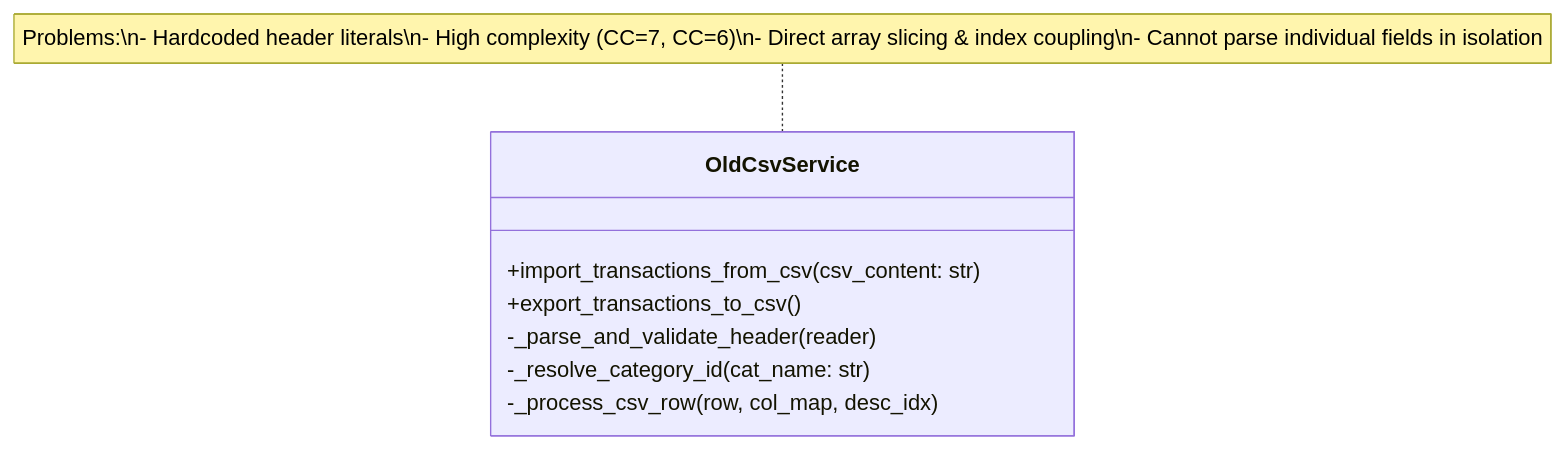
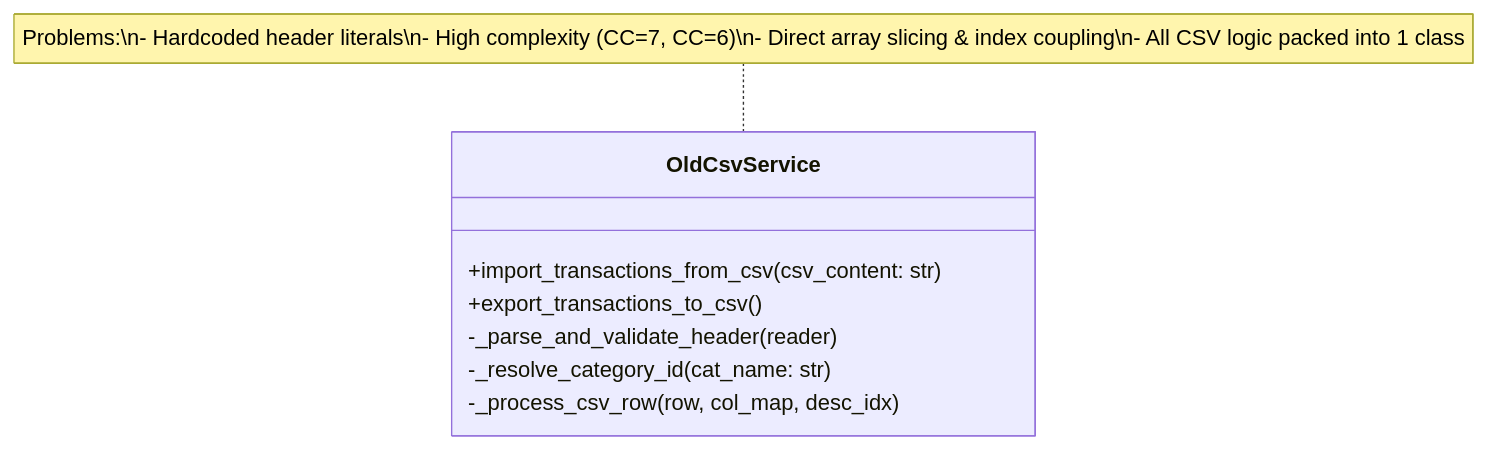
Before and after one commit to AuraHamza/ExpenseMate-Personal-Expense-Manager: the first of 4 diagrams in docs/class_rewrites.md, drawn with Mermaid. The commit also changed other lines of this file and 5 other files, not shown here.

Commit message:
Fix Part C documentation: correct CC claims, remove unsupported statements, update comparison table and Mermaid diagram

````diff
--- a/docs/class_rewrites.md
+++ b/docs/class_rewrites.md
@@ -8,11 +8,11 @@
 ```mermaid
 classDiagram
     class OldCsvService {
         +import_transactions_from_csv(csv_content: str)
         +export_transactions_to_csv()
         -_parse_and_validate_header(reader)
         -_resolve_category_id(cat_name: str)
         -_process_csv_row(row, col_map, desc_idx)
     }
-    note for OldCsvService "Problems:\n- Hardcoded header literals\n- High complexity (CC=7, CC=6)\n- Direct array slicing & index coupling\n- Cannot parse individual fields in isolation"
+    note for OldCsvService "Problems:\n- Hardcoded header literals\n- High complexity (CC=7, CC=6)\n- Direct array slicing & index coupling\n- All CSV logic packed into 1 class"
 ```
````
